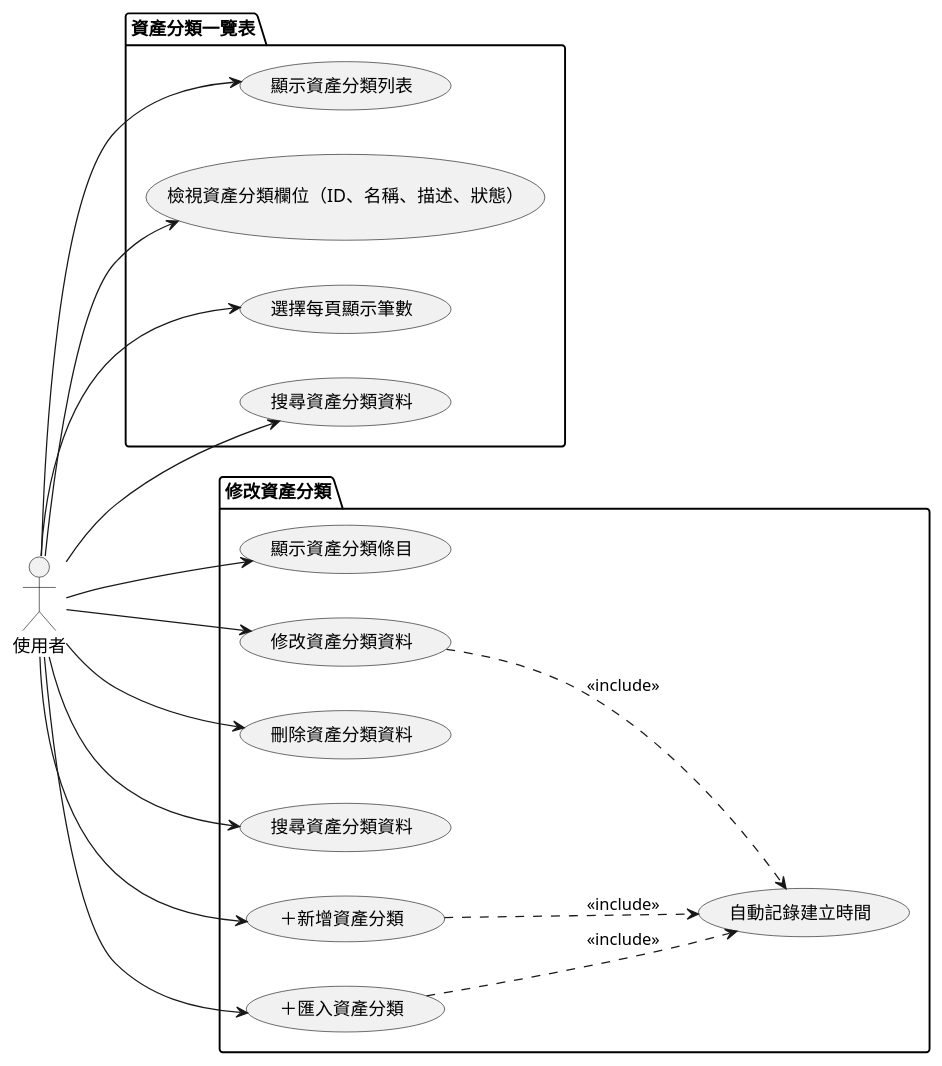
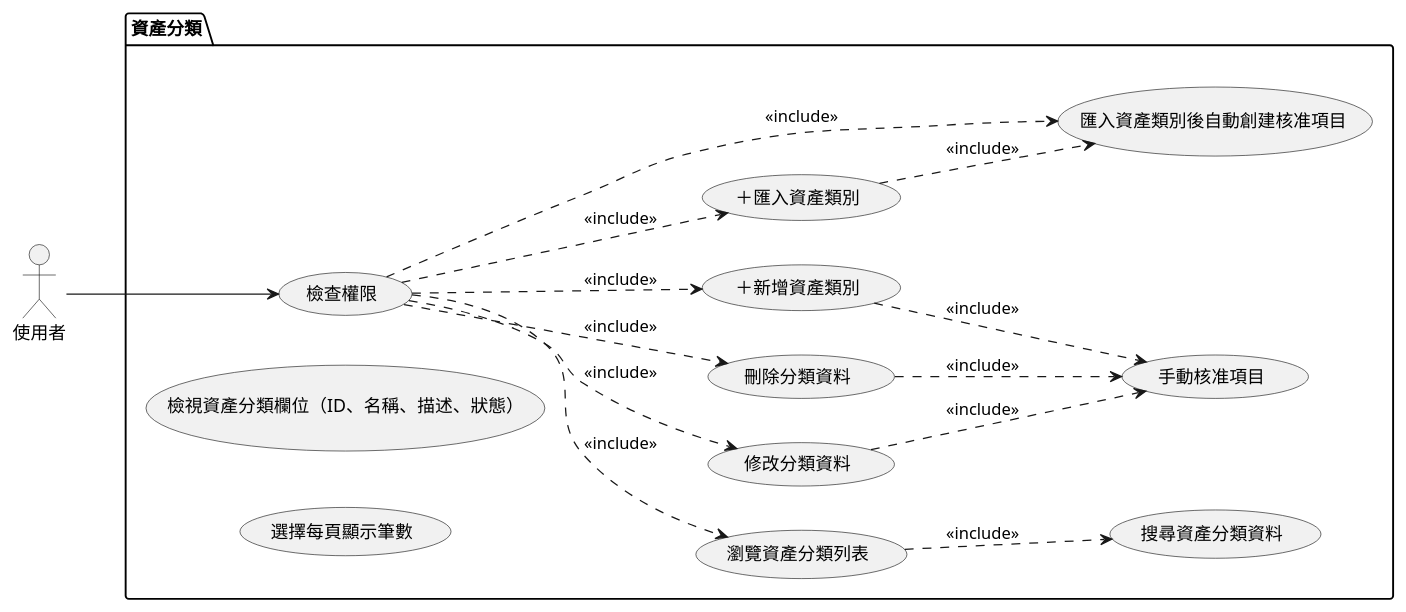
One commit to walle45611/NTUB_SecuManag_Diagram changed the diagram in mermaid/use_case/asset ccategory_overview&edit.puml. Above: the diagram before and after it, drawn with PlantUML. The commit also changed 7 other files, not shown here.

```diff
--- a/mermaid/use_case/asset ccategory_overview&edit.puml
+++ b/mermaid/use_case/asset ccategory_overview&edit.puml
@@ -1,39 +1,35 @@
-@startuml
+@startuml asset_category_overview
 
 left to right direction
 
 actor 使用者
 
-package "資產分類一覽表" {
-    usecase "顯示資產分類列表" as UC1
+package "資產分類" {
+    usecase "檢查權限" as UC12
+    usecase "瀏覽資產分類列表" as UC1
     usecase "檢視資產分類欄位（ID、名稱、描述、狀態）" as UC2
     usecase "選擇每頁顯示筆數" as UC3
     usecase "搜尋資產分類資料" as UC4
+    usecase "修改分類資料" as UC5
+    usecase "刪除分類資料" as UC6
+    usecase "＋新增資產類別" as UC7
+    usecase "＋匯入資產類別" as UC8
+    usecase "匯入資產類別後自動創建核准項目" as UC10
+    usecase "手動核准項目" as UC11
 }
 
-package "修改資產分類" {
-    usecase "顯示資產分類條目" as UC5
-    usecase "修改資產分類資料" as UC6
-    usecase "刪除資產分類資料" as UC7
-    usecase "搜尋資產分類資料" as UC8
-    usecase "＋新增資產分類" as UC9
-    usecase "＋匯入資產分類" as UC10
-    usecase "自動記錄建立時間" as UC11
-}
+使用者 --> UC12
+UC12 .down.> UC1 : <<include>>
+UC12 .down.> UC5 : <<include>>
+UC12 .down.> UC6 : <<include>>
+UC12 .down.> UC7 : <<include>>
+UC12 .down.> UC8 : <<include>>
+UC12 .down.> UC10 : <<include>>
 
+UC1 .down.> UC4 : <<include>>
+UC5 .down.> UC11 : <<include>>
 UC6 .down.> UC11 : <<include>>
-UC9 .down.> UC11 : <<include>>
-UC10 .down.> UC11 : <<include>>
-
-使用者 --> UC1
-使用者 --> UC2
-使用者 --> UC3
-使用者 --> UC4
-使用者 --> UC5
-使用者 --> UC6
-使用者 --> UC7
-使用者 --> UC8
-使用者 --> UC9
-使用者 --> UC10
+UC7 .down.> UC11 : <<include>>
+UC8 .down.> UC10 : <<include>>
 
 @enduml
```
